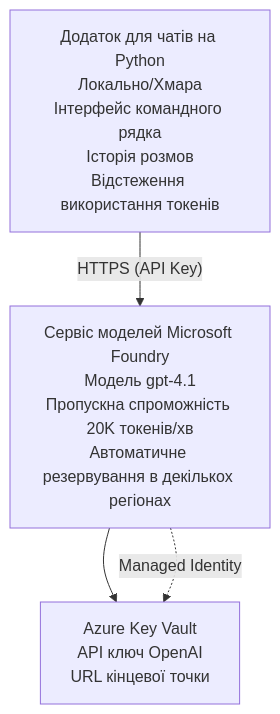
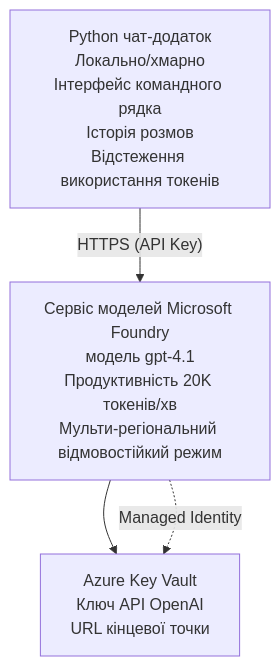
The diagram in translations/uk/examples/azure-openai-chat/README.md (microsoft/AZD-for-beginners), drawn with Mermaid before and after one commit. The commit also changed other lines of this file and 104 other files, not shown here.

````diff
--- a/translations/uk/examples/azure-openai-chat/README.md
+++ b/translations/uk/examples/azure-openai-chat/README.md
@@ -26,6 +26,6 @@
 ```mermaid
 graph TD
-    App[Додаток для чатів на Python<br/>Локально/Хмара<br/>Інтерфейс командного рядка<br/>Історія розмов<br/>Відстеження використання токенів] -- "HTTPS (API Key)" --> Foundry[Сервіс моделей Microsoft Foundry<br/>Модель gpt-4.1<br/>Пропускна спроможність 20K токенів/хв<br/>Автоматичне резервування в декількох регіонах]
-    Foundry --> KV[Azure Key Vault<br/>API ключ OpenAI<br/>URL кінцевої точки]
+    App[Python чат-додаток<br/>Локально/хмарно<br/>Інтерфейс командного рядка<br/>Історія розмов<br/>Відстеження використання токенів] -- "HTTPS (API Key)" --> Foundry[Сервіс моделей Microsoft Foundry<br/>модель gpt-4.1<br/>Продуктивність 20K токенів/хв<br/>Мульти-регіональний відмовостійкий режим]
+    Foundry --> KV[Azure Key Vault<br/>Ключ API OpenAI<br/>URL кінцевої точки]
     Foundry -. Managed Identity .-> KV
 ```
````
